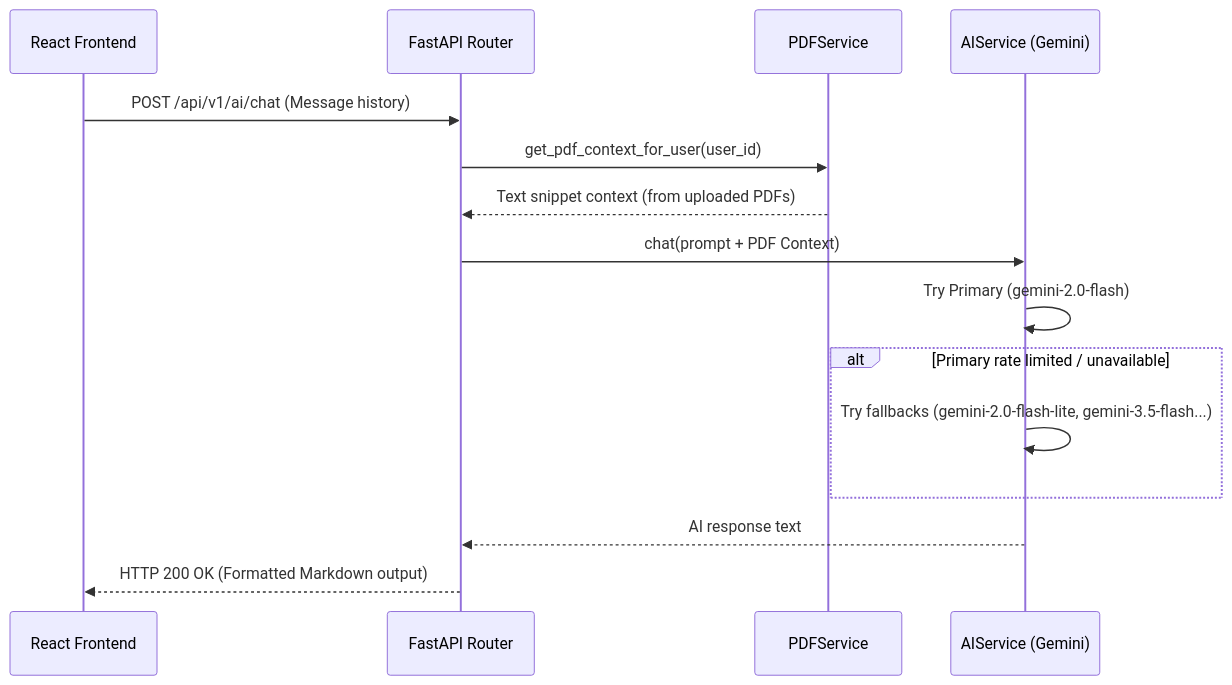
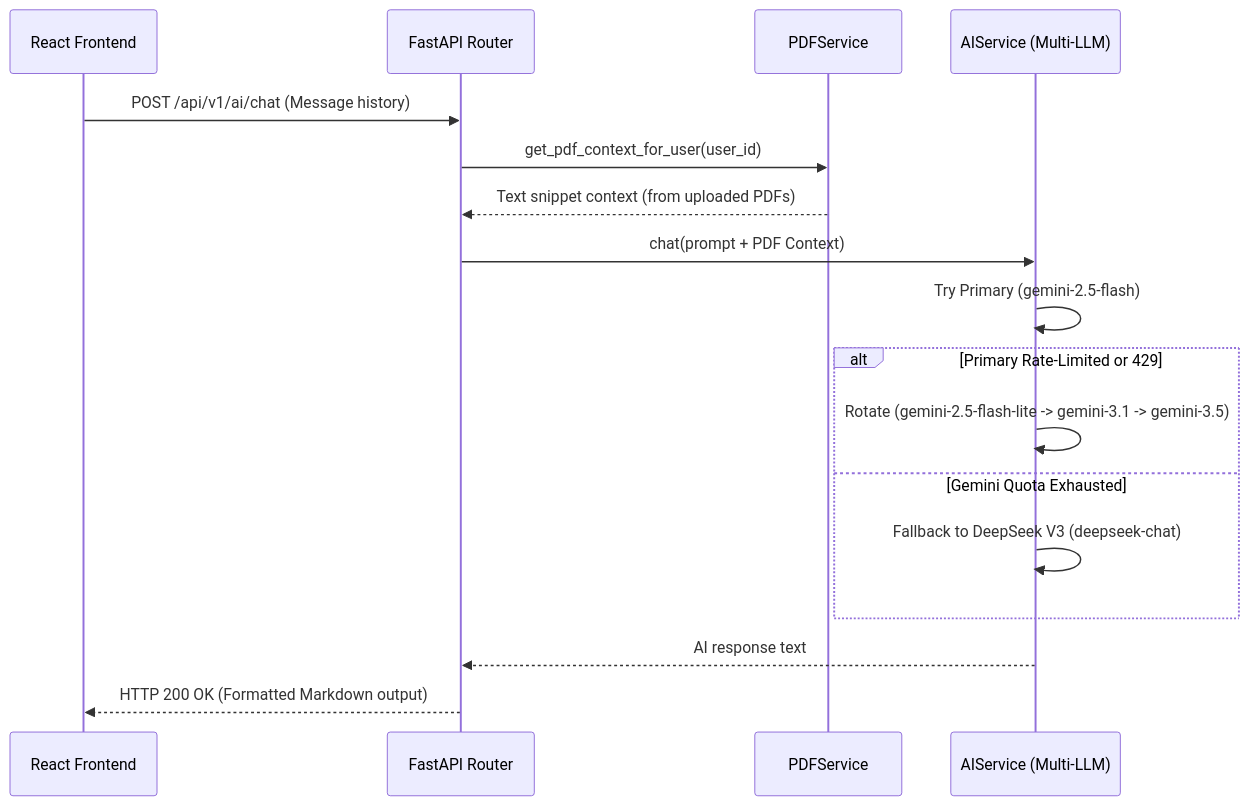
One commit to cser-utkarsh-raj/myMentor changed the third of 3 diagrams in README.md. Above: the diagram before and after it, drawn with Mermaid. The commit also changed other lines of this file, not shown here.

Commit message:
docs: update README.md with multi-LLM engine details, DeepSeek V3, 2026 Gemini model endpoints, and new Settings features

````diff
--- a/README.md
+++ b/README.md
@@ -160,18 +163,20 @@
 ```mermaid
 sequenceDiagram
     participant User as React Frontend
     participant API as FastAPI Router
     participant PDF as PDFService
-    participant AI as AIService (Gemini)
+    participant AI as AIService (Multi-LLM)
 
     User->>API: POST /api/v1/ai/chat (Message history)
     API->>PDF: get_pdf_context_for_user(user_id)
     PDF-->>API: Text snippet context (from uploaded PDFs)
     API->>AI: chat(prompt + PDF Context)
-    AI->>AI: Try Primary (gemini-2.0-flash)
-    alt Primary rate limited / unavailable
-        AI->>AI: Try fallbacks (gemini-2.0-flash-lite, gemini-3.5-flash...)
+    AI->>AI: Try Primary (gemini-2.5-flash)
+    alt Primary Rate-Limited or 429
+        AI->>AI: Rotate (gemini-2.5-flash-lite -> gemini-3.1 -> gemini-3.5)
+    else Gemini Quota Exhausted
+        AI->>AI: Fallback to DeepSeek V3 (deepseek-chat)
     end
     AI-->>API: AI response text
     API-->>User: HTTP 200 OK (Formatted Markdown output)
 ```
````
